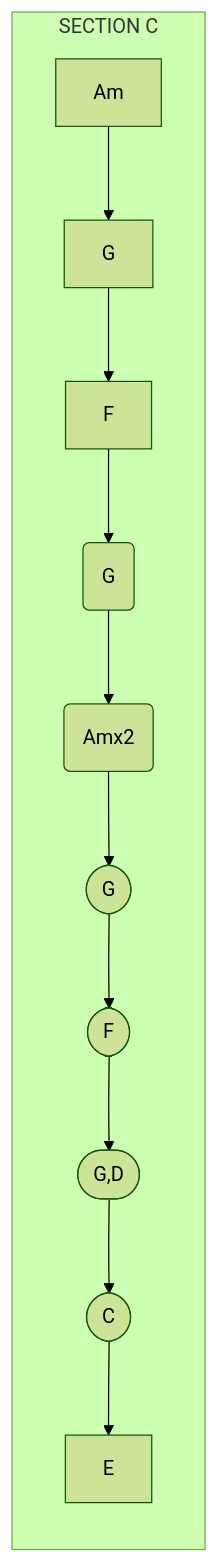
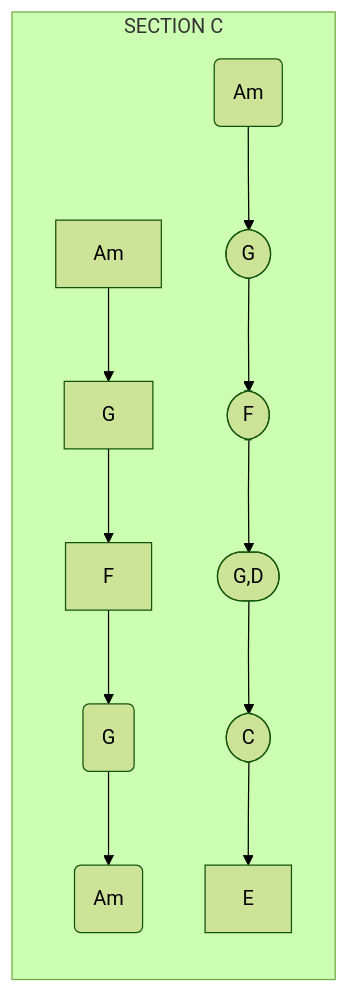
Before and after one commit to dengqinghua/dengqinghua.github.io: the first of 2 diagrams in _posts/2020-12-01-live-more.md, drawn with Mermaid (forest theme). The commit also changed other lines of this file and 2 other files, not shown here.

Commit message:
修改细节

```diff
--- a/_posts/2020-12-01-live-more.md
+++ b/_posts/2020-12-01-live-more.md
@@ -26,7 +26,7 @@
 {% mermaid %}
 graph LR
     subgraph SECTION C
-    Am-->G-->F-->G1(G)-->Am1(Amx2)
-    -->G2([G])-->F2([F])-->G2-1([G,D])-->C2([C])-->E
+    Am-->G-->F-->G1(G)-->Am1(Am)
+    Am2(Am)-->G2([G])-->F2([F])-->G2-1([G,D])-->C2([C])-->E
     end
 {% endmermaid %}
```
